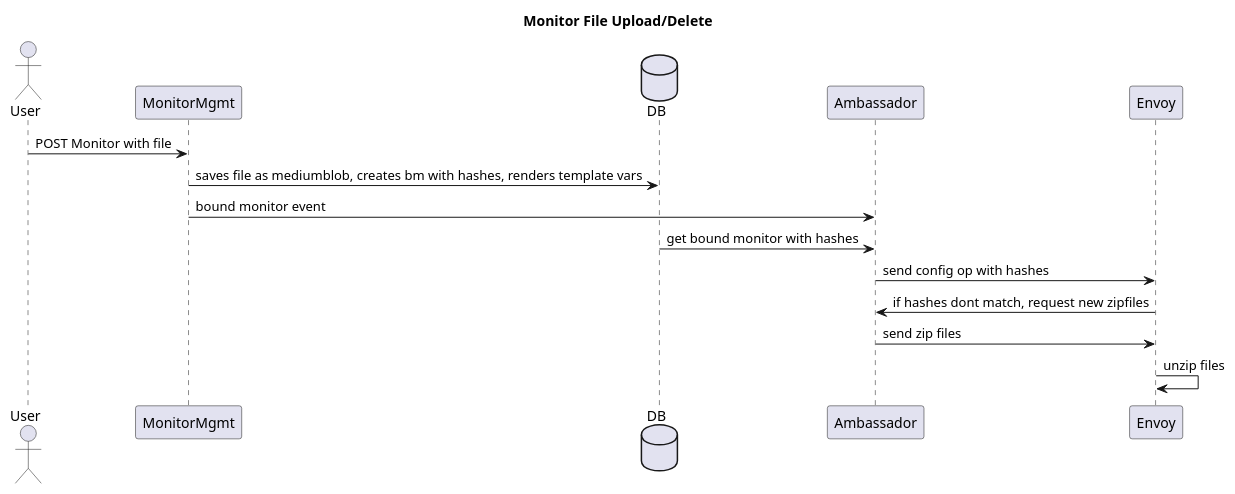
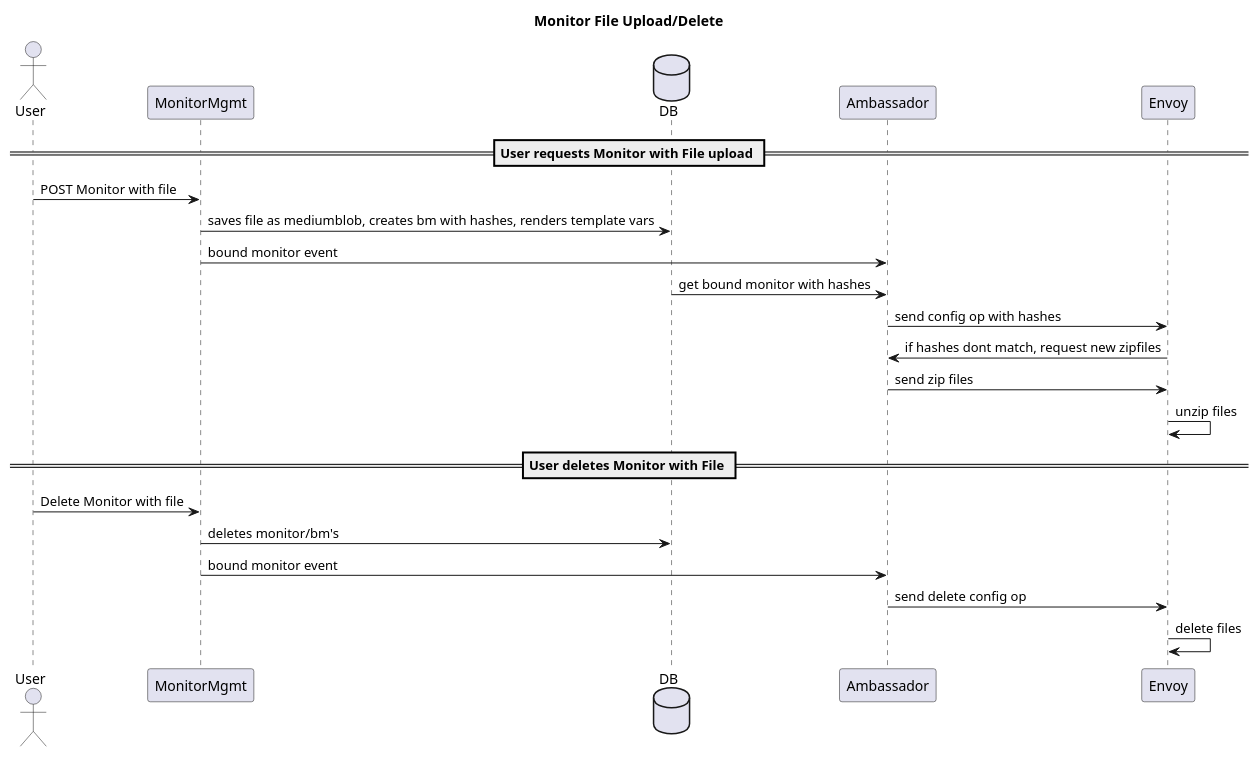
One commit to racker/salus-docs changed the diagram in design/file-upload.puml. Above: the diagram before and after it, drawn with PlantUML.

```diff
--- a/design/file-upload.puml
+++ b/design/file-upload.puml
@@ -1,21 +1,31 @@
 @startuml
 
 title Monitor File Upload/Delete
 
 actor User
 participant MonitorMgmt as MM
 database DB
 participant Ambassador as Amb
 participant Envoy
 
+== User requests Monitor with File upload ==
 
 User -> MM: POST Monitor with file
 MM -> DB: saves file as mediumblob, creates bm with hashes, renders template vars
 MM -> Amb: bound monitor event
 DB -> Amb: get bound monitor with hashes
 Amb -> Envoy: send config op with hashes
 Envoy -> Amb: if hashes dont match, request new zipfiles
 Amb -> Envoy: send zip files
 Envoy -> Envoy: unzip files
 
+== User deletes Monitor with File ==
+
+User -> MM: Delete Monitor with file
+MM -> DB: deletes monitor/bm's
+MM -> Amb: bound monitor event
+Amb -> Envoy: send delete config op
+Envoy -> Envoy: delete files
+
+
 @enduml
```
